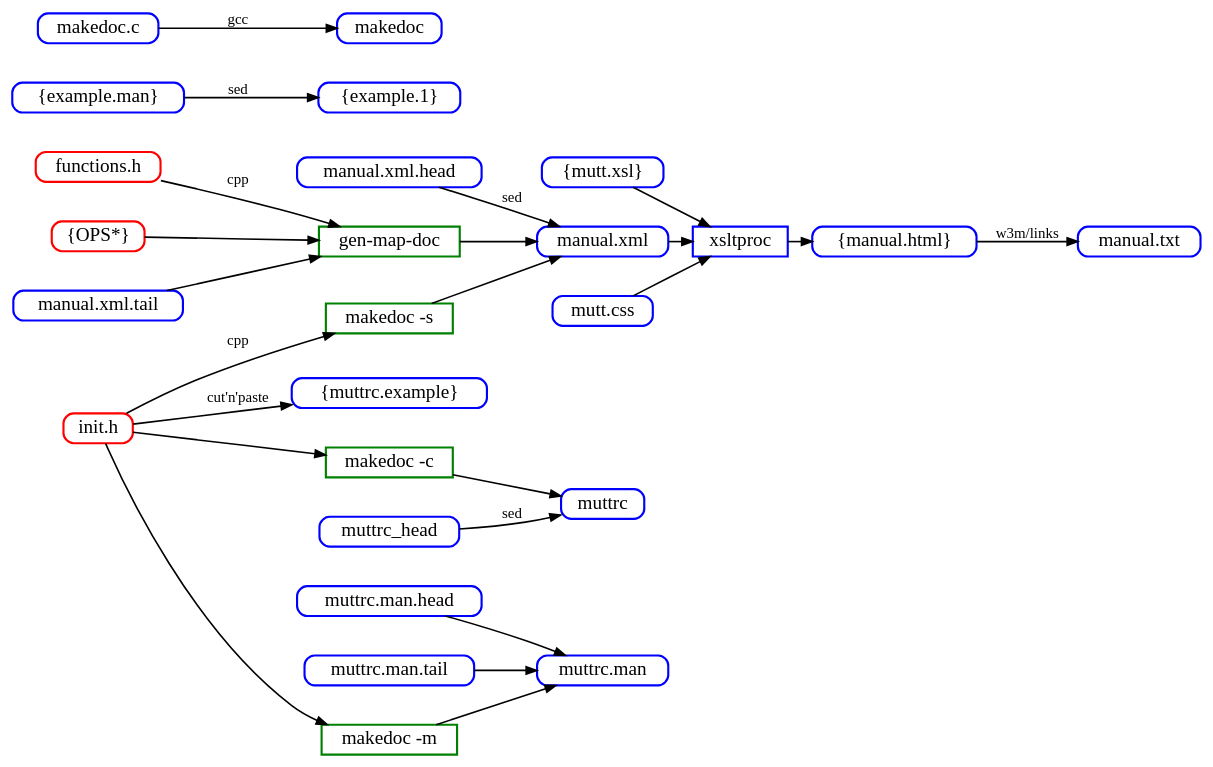
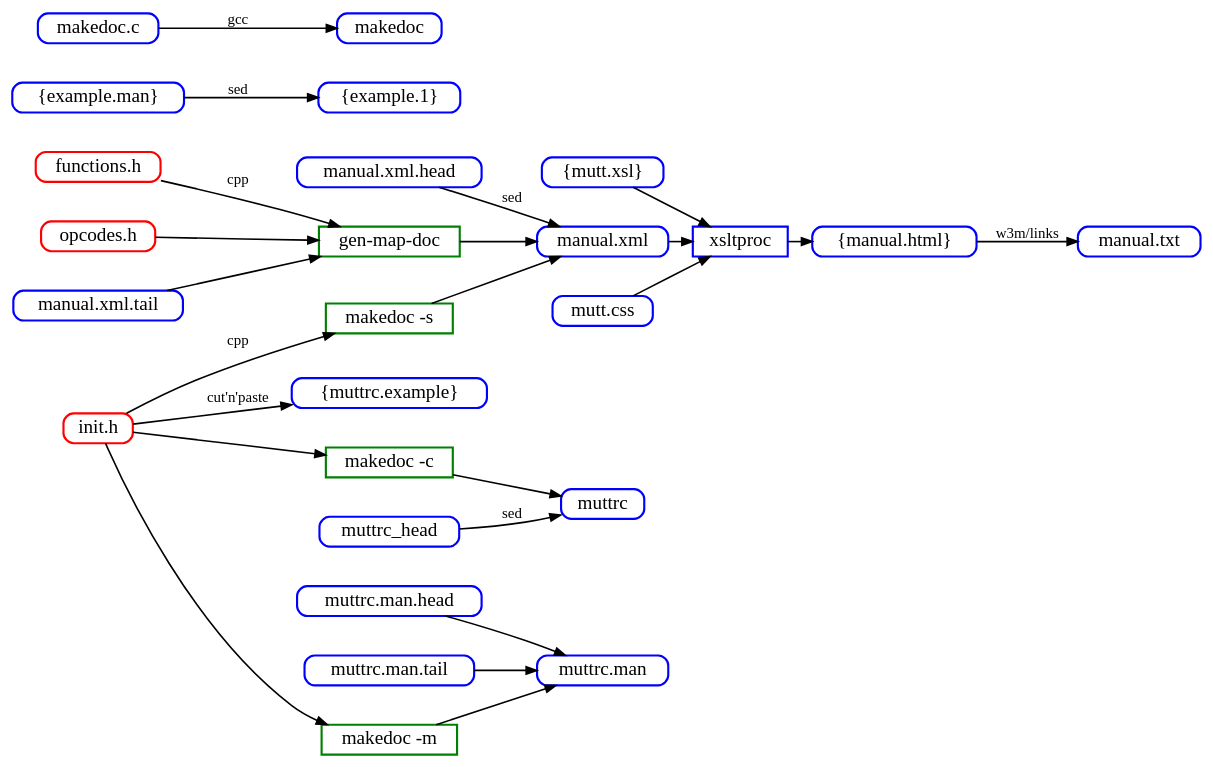
Before and after one commit to neomutt/neomutt.github.io: the diagram in _dev/make-docs.gv, drawn with Graphviz. The commit also changed 3 other files, not shown here.

Commit message:
drop OPS from make diagrams

```diff
--- a/_dev/make-docs.gv
+++ b/_dev/make-docs.gv
@@ -1,79 +1,79 @@
 digraph build {
 	graph [
 		rankdir="LR"
 		nodesep="0.5"
 		ranksep="0.3"
 	];
 
 	node [
 		shape="Mrecord"
 		style="solid"
 		height="0.2"
 		penwidth="2.0"
 		color="blue"
 		fontcolor="black"
 		fontsize="18"
 	];
 
 	edge [
 		penwidth="1.5"
 		color="#000000"
 		arrowsize="1.0"
 	];
 
 
 	functions_h      [ label="functions.h" color="red" ]
-	ops              [ label="\{OPS*\}"    color="red" ]
+	opcodes          [ label="opcodes.h"   color="red" ]
 	init_h           [ label="init.h"      color="red" ]
 
 	lots_1           [ label="\{example.1\}"       ]
 	lots_man         [ label="\{example.man\}"     ]
 	lots_muttrc      [ label="\{muttrc.example\}"  ]
 	lots_xsl         [ label="\{mutt.xsl\}"        ]
 	makedoc_src      [ label="makedoc.c"           ]
 	manual_html      [ label="\{manual.html\}"     ]
 	manual_txt       [ label="manual.txt"          ]
 	manual_xml       [ label="manual.xml"          ]
 	manual_xml_head  [ label="manual.xml.head"     ]
 	manual_xml_tail  [ label="manual.xml.tail"     ]
 	muttrc           [ label="muttrc"              ]
 	muttrc_man       [ label="muttrc.man"          ]
 	muttrc_man_head  [ label="muttrc.man.head"     ]
 	muttrc_man_tail  [ label="muttrc.man.tail"     ]
 	mutt_css         [ label="mutt.css"            ]
 
 	gen_map_doc   [ label="gen-map-doc" color="green" shape="box" ]
 	makedoc_c     [ label="makedoc -c" color="green" shape="box" ]
 	makedoc_m     [ label="makedoc -m" color="green" shape="box" ]
 	makedoc_s     [ label="makedoc -s" color="green" shape="box" ]
 	xsltproc      [ label="xsltproc" shape="box" ]
 
 	lots_man -> lots_1 [ label="sed" ]
 
 	manual_xml -> xsltproc
 	lots_xsl -> xsltproc
 	mutt_css -> xsltproc
 	xsltproc -> manual_html
 	manual_html -> manual_txt [ label="w3m/links" ]
 
 	init_h -> makedoc_m
 	muttrc_man_head -> muttrc_man
 	makedoc_m -> muttrc_man
 	muttrc_man_tail -> muttrc_man
 
 	muttrc_head -> muttrc [ label="sed" ]
 	init_h -> makedoc_c
 	makedoc_c -> muttrc
 
 	init_h -> lots_muttrc [ label="cut'n'paste" ]
 
 	makedoc_src -> makedoc [ label="gcc" ]
 	manual_xml_head -> manual_xml [ label="sed" ]
 
 	manual_xml_tail -> gen_map_doc
-	ops -> gen_map_doc
+	opcodes -> gen_map_doc
 	gen_map_doc -> manual_xml
 	init_h -> makedoc_s [ label="cpp" ]
 	makedoc_s -> manual_xml
 	functions_h -> gen_map_doc [ label="cpp" ]
 }
```
